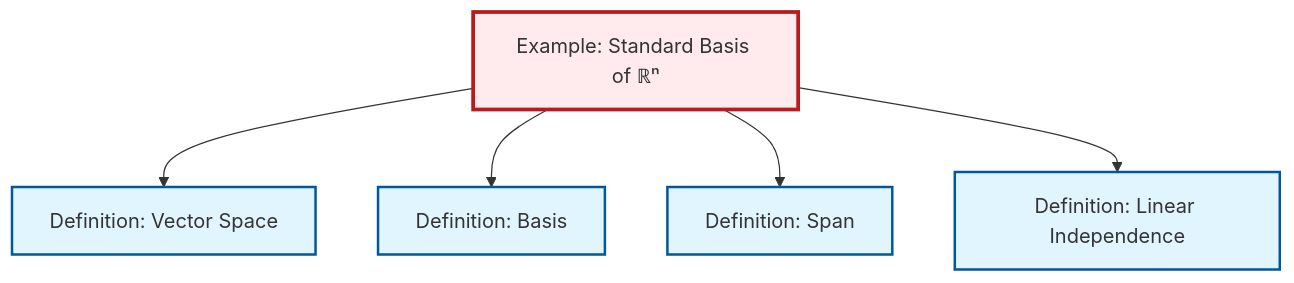
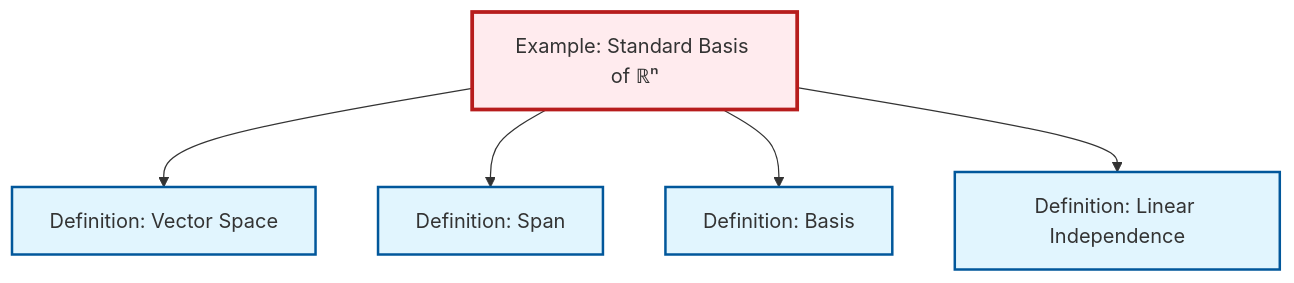
Before and after one commit to RK0429/ModernMath: the diagram in content/ja/algebra/ex-standard-basis-rn.qmd, drawn with Mermaid. The commit also changed other lines of this file and 634 other files, not shown here.

````diff
--- a/content/ja/algebra/ex-standard-basis-rn.qmd
+++ b/content/ja/algebra/ex-standard-basis-rn.qmd
@@ -63,23 +63,23 @@
 ```{mermaid}
 %%| fig-cap: "Local dependency graph"
 graph TD
     classDef definition fill:#e1f5fe,stroke:#01579b,stroke-width:2px
     classDef theorem fill:#f3e5f5,stroke:#4a148c,stroke-width:2px
     classDef axiom fill:#fff3e0,stroke:#e65100,stroke-width:2px
     classDef example fill:#e8f5e9,stroke:#1b5e20,stroke-width:2px
     classDef current fill:#ffebee,stroke:#b71c1c,stroke-width:3px
-    def-span["Definition: Span"]:::definition
-    def-linear-independence["Definition: Linear Independence"]:::definition
     ex-standard-basis-rn["Example: Standard Basis of ℝⁿ"]:::example
     def-basis["Definition: Basis"]:::definition
     def-vector-space["Definition: Vector Space"]:::definition
+    def-linear-independence["Definition: Linear Independence"]:::definition
+    def-span["Definition: Span"]:::definition
     ex-standard-basis-rn --> def-vector-space
+    ex-standard-basis-rn --> def-span
     ex-standard-basis-rn --> def-basis
-    ex-standard-basis-rn --> def-span
     ex-standard-basis-rn --> def-linear-independence
     class ex-standard-basis-rn current
-    click def-span "def-span.html" "Definition: Spanへ"
-    click def-linear-independence "def-linear-independence.html" "Definition: Linear Independenceへ"
     click def-basis "def-basis.html" "Definition: Basisへ"
     click def-vector-space "def-vector-space.html" "Definition: Vector Spaceへ"
+    click def-linear-independence "def-linear-independence.html" "Definition: Linear Independenceへ"
+    click def-span "def-span.html" "Definition: Spanへ"
 ```
````
